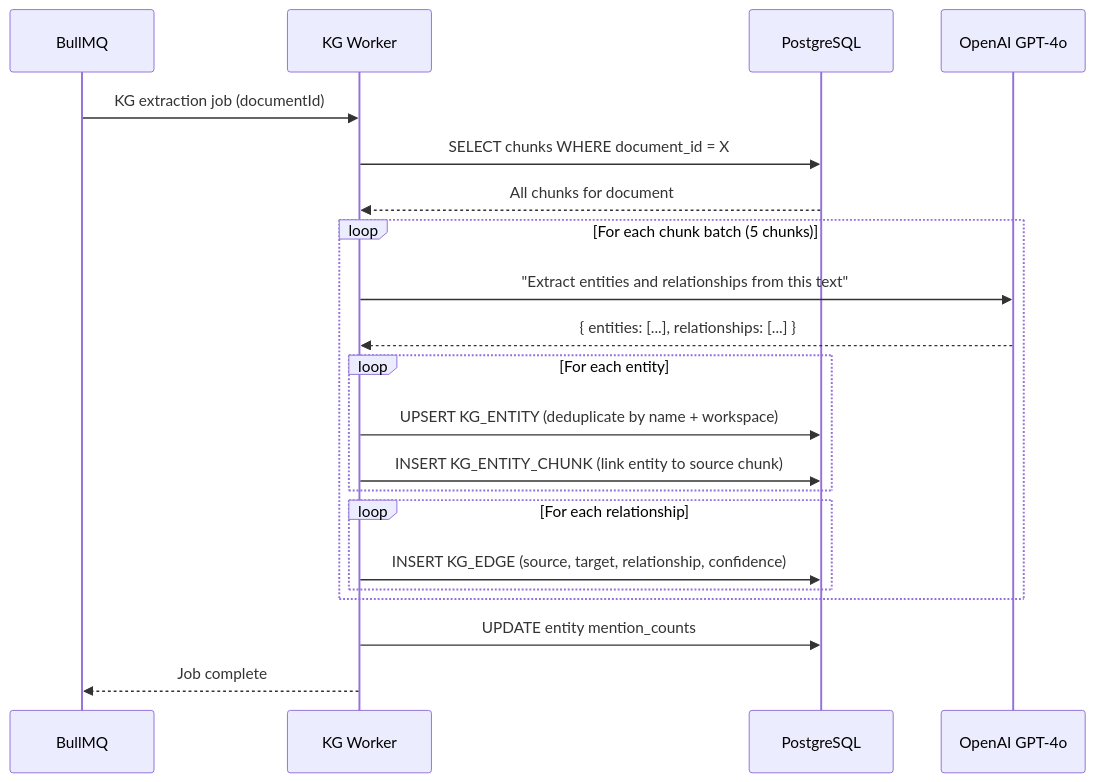
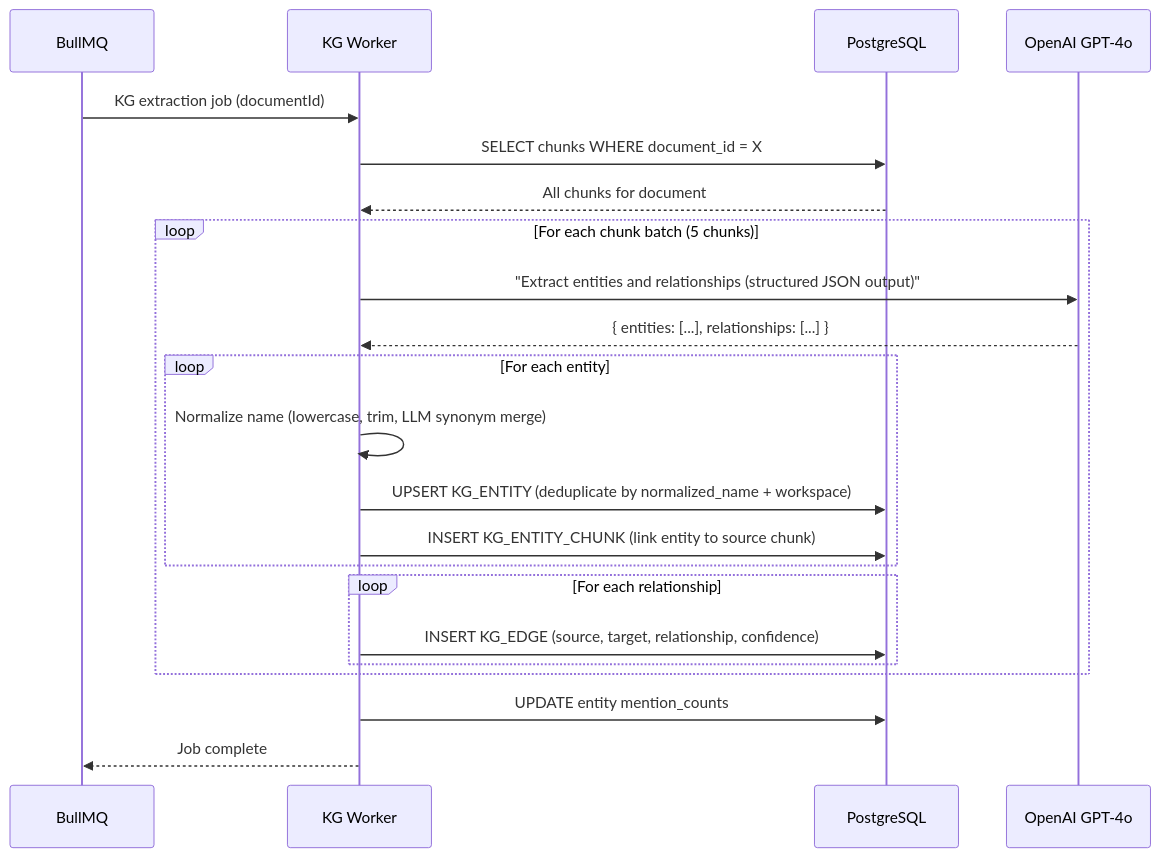
The sixth of 8 diagrams in sequenceDiagram.md (VIDHITTS/OmniScript), drawn with Mermaid before and after one commit. The commit also changed other lines of this file and 7 other files, not shown here.

````diff
--- a/sequenceDiagram.md
+++ b/sequenceDiagram.md
@@ -145,28 +242,29 @@
 ```mermaid
 sequenceDiagram
     participant Queue as BullMQ
     participant Worker as KG Worker
     participant DB as PostgreSQL
     participant LLM as OpenAI GPT-4o
 
     Queue->>Worker: KG extraction job (documentId)
     Worker->>DB: SELECT chunks WHERE document_id = X
     DB-->>Worker: All chunks for document
 
     loop For each chunk batch (5 chunks)
-        Worker->>LLM: "Extract entities and relationships from this text"
+        Worker->>LLM: "Extract entities and relationships (structured JSON output)"
         LLM-->>Worker: { entities: [...], relationships: [...] }
 
         loop For each entity
-            Worker->>DB: UPSERT KG_ENTITY (deduplicate by name + workspace)
+            Worker->>Worker: Normalize name (lowercase, trim, LLM synonym merge)
+            Worker->>DB: UPSERT KG_ENTITY (deduplicate by normalized_name + workspace)
             Worker->>DB: INSERT KG_ENTITY_CHUNK (link entity to source chunk)
         end
 
         loop For each relationship
             Worker->>DB: INSERT KG_EDGE (source, target, relationship, confidence)
         end
     end
 
     Worker->>DB: UPDATE entity mention_counts
     Worker-->>Queue: Job complete
 ```
````
